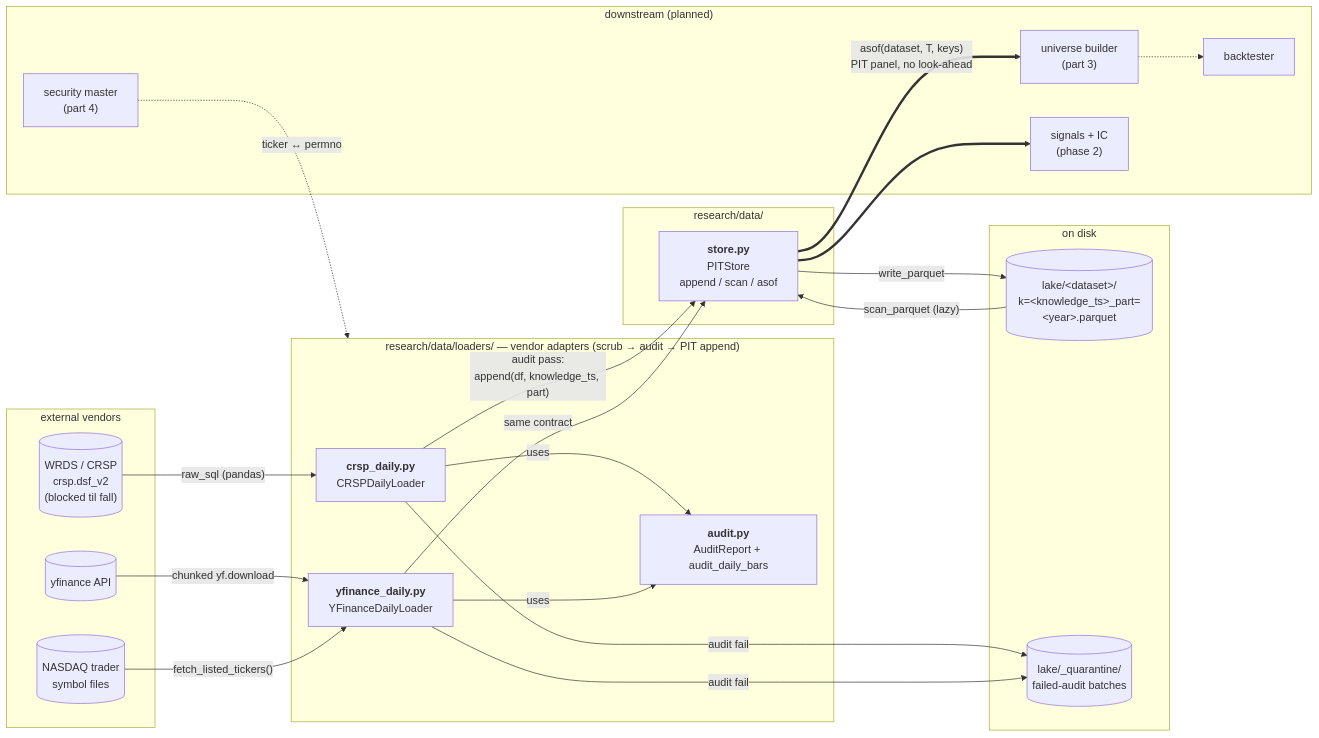
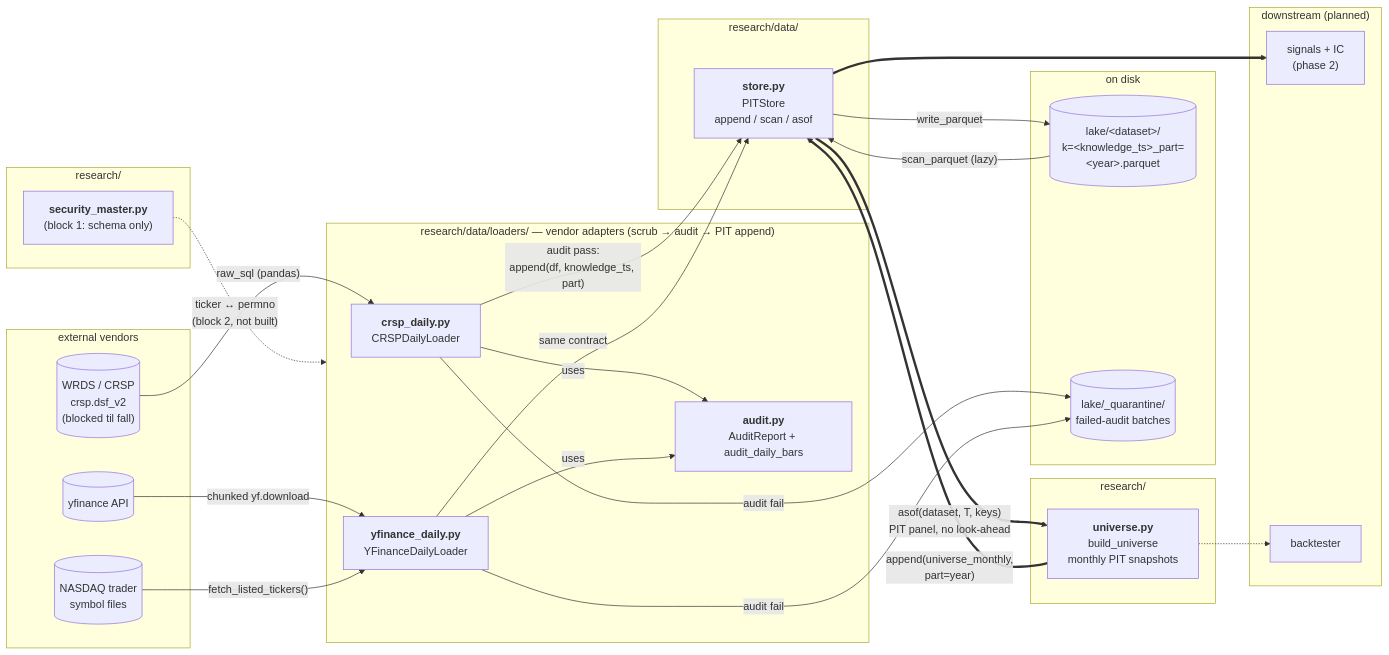
Before and after one commit to EthanLiu015/multifactor-trading-model: the first of 5 diagrams in docs/SYSTEM_MAP.md, drawn with Mermaid. The commit also changed other lines of this file and 128 other files, not shown here.

First line of the commit message:
feat: universe builder, security master, signals/IC, risk model, C++ broker sim

````diff
--- a/docs/SYSTEM_MAP.md
+++ b/docs/SYSTEM_MAP.md
@@ -12,46 +12,53 @@
 ```mermaid
 flowchart LR
     subgraph VENDORS["external vendors"]
         WRDS[("WRDS / CRSP<br/>crsp.dsf_v2<br/>(blocked til fall)")]
         YF[("yfinance API")]
         ND[("NASDAQ trader<br/>symbol files")]
     end
 
     subgraph LOADERS["research/data/loaders/ — vendor adapters (scrub → audit → PIT append)"]
         CRSP["<b>crsp_daily.py</b><br/>CRSPDailyLoader"]
         YFL["<b>yfinance_daily.py</b><br/>YFinanceDailyLoader"]
         AUD["<b>audit.py</b><br/>AuditReport + audit_daily_bars"]
     end
 
     subgraph STORE["research/data/"]
         PIT["<b>store.py</b><br/>PITStore<br/>append / scan / asof"]
     end
 
     subgraph DISK["on disk"]
         LAKE[("lake/&lt;dataset&gt;/<br/>k=&lt;knowledge_ts&gt;_part=&lt;year&gt;.parquet")]
         QUAR[("lake/_quarantine/<br/>failed-audit batches")]
     end
 
+    subgraph UNIVERSE["research/"]
+        UNIV["<b>universe.py</b><br/>build_universe<br/>monthly PIT snapshots"]
+    end
+
+    subgraph SECMASTER["research/"]
+        SECM["<b>security_master.py</b><br/>(block 1: schema only)"]
+    end
+
     subgraph NEXT["downstream (planned)"]
-        UNIV["universe builder<br/>(part 3)"]
-        SECM["security master<br/>(part 4)"]
         SIG["signals + IC<br/>(phase 2)"]
         BT["backtester"]
     end
 
     WRDS -- "raw_sql (pandas)" --> CRSP
     YF -- "chunked yf.download" --> YFL
     ND -- "fetch_listed_tickers()" --> YFL
     CRSP -- "audit pass:<br/>append(df, knowledge_ts, part)" --> PIT
     YFL -- same contract --> PIT
     CRSP -- "audit fail" --> QUAR
     YFL -- "audit fail" --> QUAR
     CRSP -- uses --> AUD
     YFL -- uses --> AUD
     PIT -- "write_parquet" --> LAKE
     LAKE -- "scan_parquet (lazy)" --> PIT
     PIT == "asof(dataset, T, keys)<br/>PIT panel, no look-ahead" ==> UNIV
+    UNIV == "append(universe_monthly,<br/>part=year)" ==> PIT
     PIT ==> SIG
     UNIV -.-> BT
-    SECM -. "ticker ↔ permno" .-> LOADERS
+    SECM -. "ticker ↔ permno<br/>(block 2, not built)" .-> LOADERS
 ```
````
